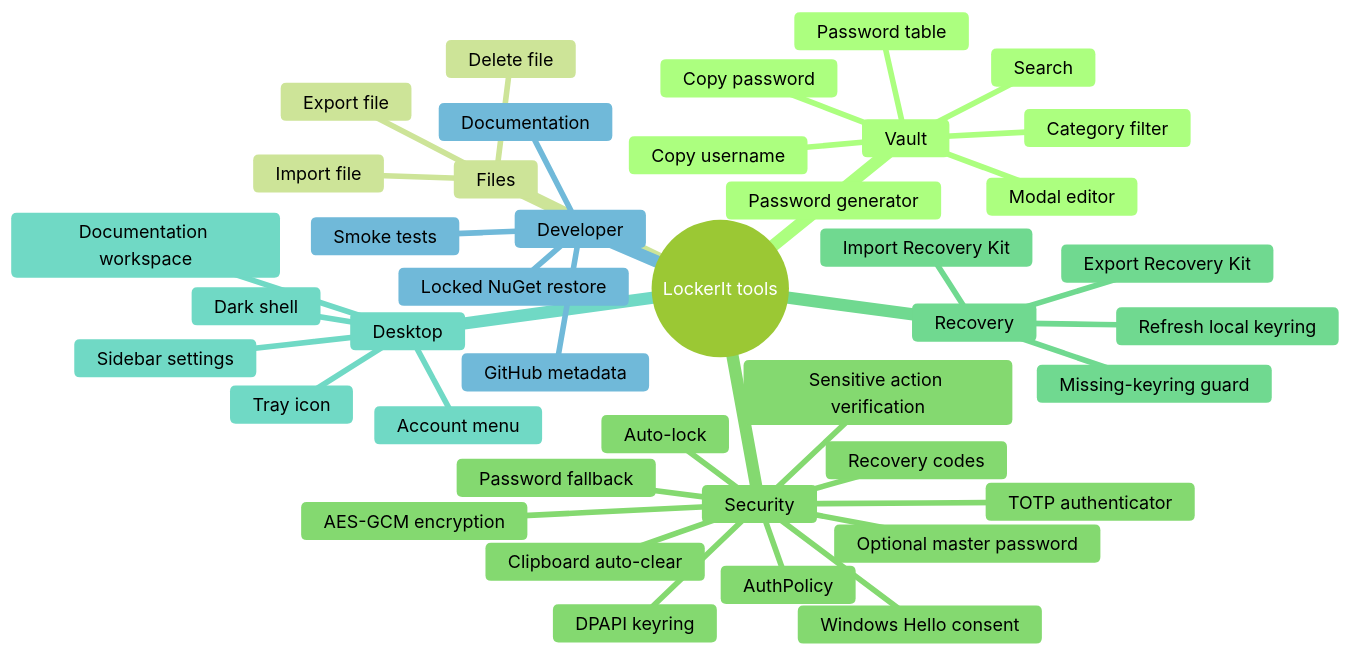
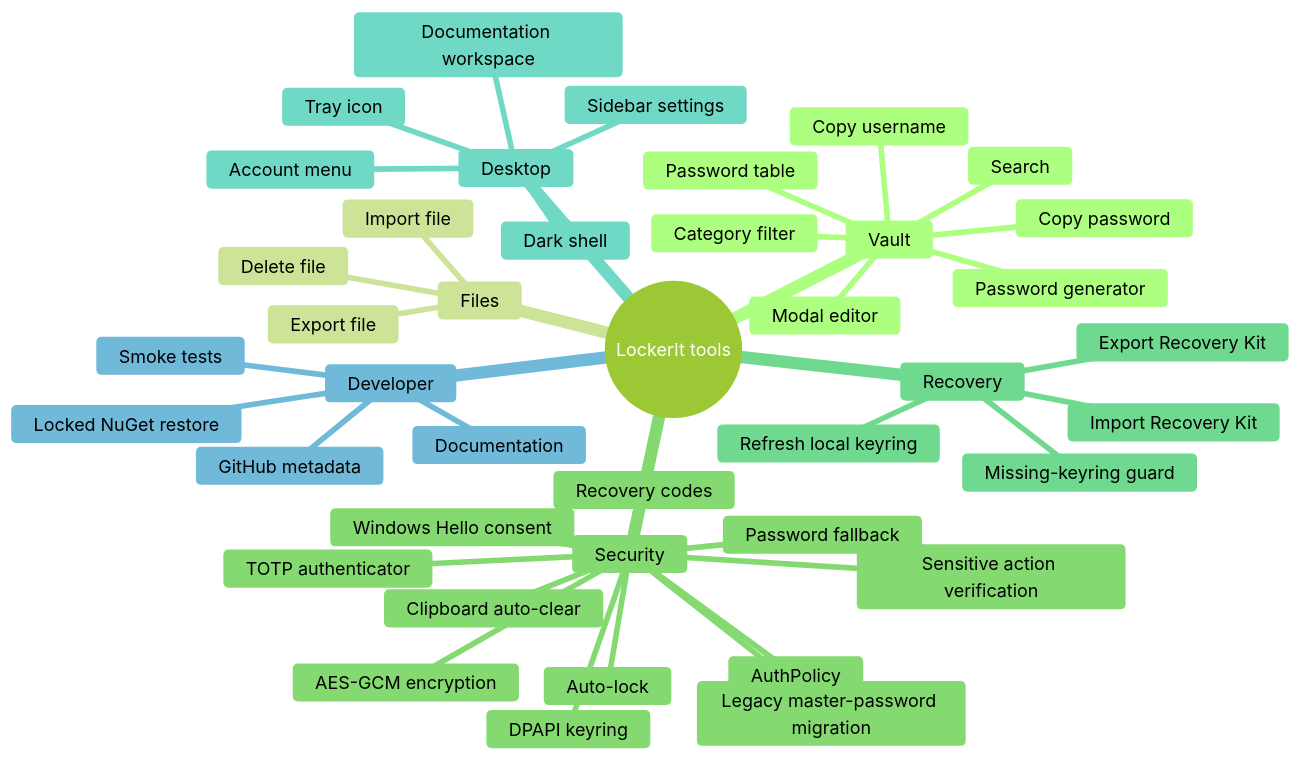
Before and after one commit to viamus/locker-it: the second of 4 diagrams in README.md, drawn with Mermaid (forest theme). The commit also changed other lines of this file and 11 other files, not shown here.

````diff
--- a/README.md
+++ b/README.md
@@ -71,44 +71,44 @@
 ```mermaid
 mindmap
   root((LockerIt tools))
     Vault
       Password table
       Category filter
       Search
       Modal editor
       Copy username
       Copy password
       Password generator
     Files
       Import file
       Export file
       Delete file
     Security
       Windows Hello consent
       Password fallback
       DPAPI keyring
-      Optional master password
+      Legacy master-password migration
       AuthPolicy
       TOTP authenticator
       Recovery codes
       AES-GCM encryption
       Clipboard auto-clear
       Auto-lock
       Sensitive action verification
     Recovery
       Export Recovery Kit
       Import Recovery Kit
       Refresh local keyring
       Missing-keyring guard
     Desktop
       Dark shell
       Sidebar settings
       Documentation workspace
       Account menu
       Tray icon
     Developer
       Locked NuGet restore
       Smoke tests
       GitHub metadata
       Documentation
 ```
````
